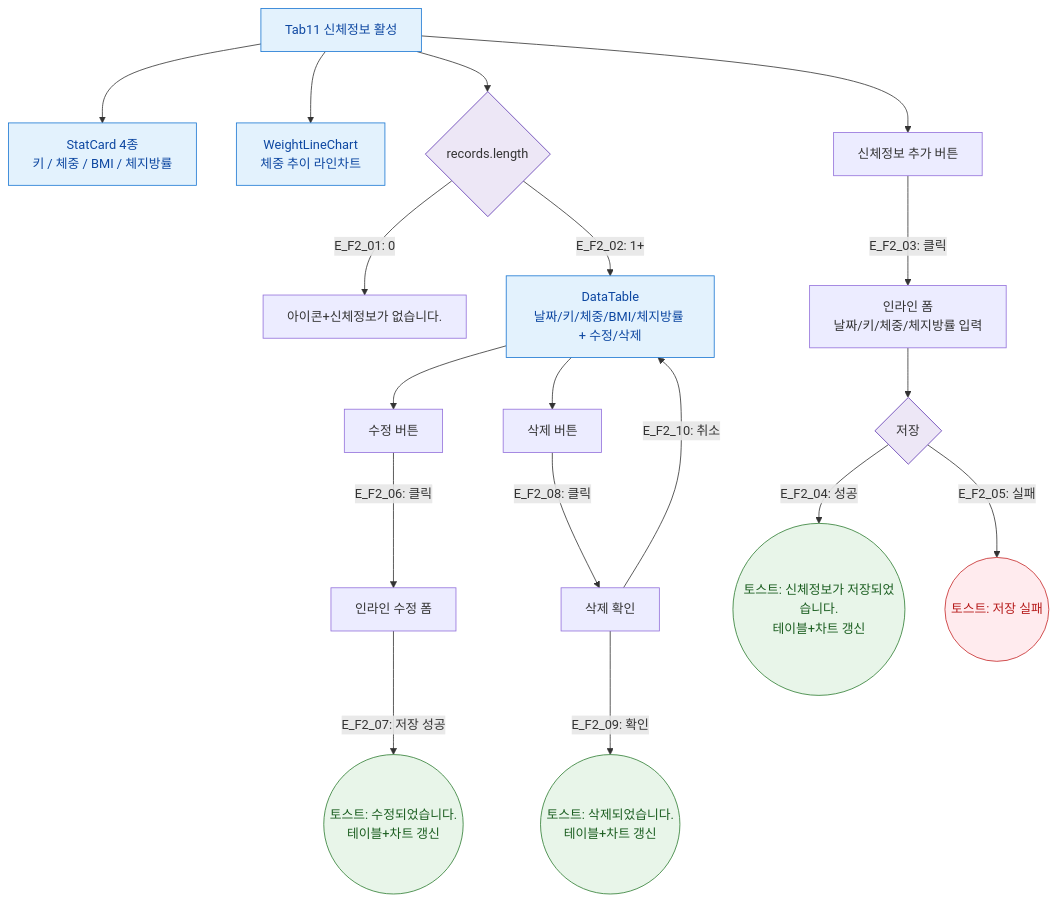
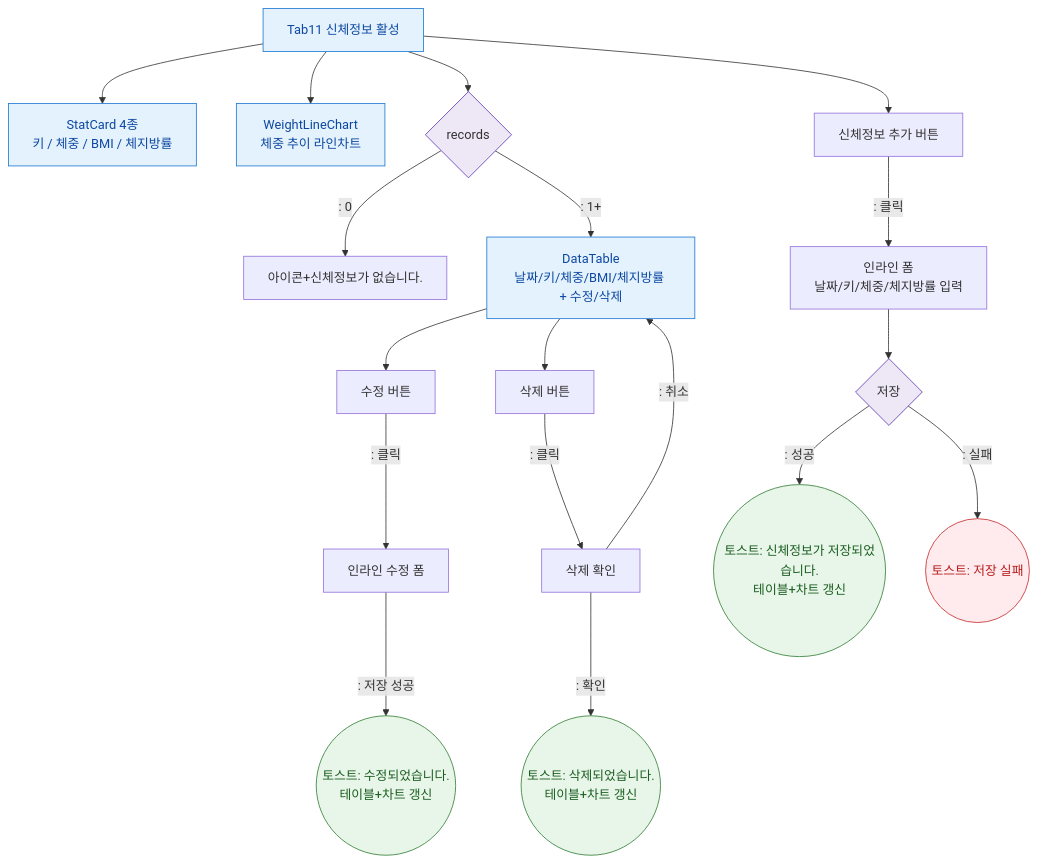
The diagram in docs/다이어그램/D02_회원관리/SCR-M004_회원상세/Tab11_신체정보/F2_메인.md (dev-spogym/admin-pando), drawn with Mermaid before and after one commit. The commit also changed other lines of this file and 1660 other files, not shown here.

First line of the commit message:
다이어그램: 기획자/클라이언트 납품본으로 정리

````diff
--- a/docs/다이어그램/D02_회원관리/SCR-M004_회원상세/Tab11_신체정보/F2_메인.md
+++ b/docs/다이어그램/D02_회원관리/SCR-M004_회원상세/Tab11_신체정보/F2_메인.md
@@ -23,34 +21,34 @@
 ```mermaid
 flowchart TD
   TAB[Tab11 신체정보 활성] --> STAT[StatCard 4종\n키 / 체중 / BMI / 체지방률]
   TAB --> CHART[WeightLineChart\n체중 추이 라인차트]
-  TAB --> LIST{records.length}
+  TAB --> LIST{records}
 
-  LIST -->|"E_F2_01: 0"| EMPTY[아이콘+신체정보가 없습니다.]
-  LIST -->|"E_F2_02: 1+"| TABLE[DataTable\n날짜/키/체중/BMI/체지방률 + 수정/삭제]
+  LIST -->|": 0"|EMPTY[아이콘+신체정보가 없습니다.]
+  LIST -->|": 1+"|TABLE[DataTable\n날짜/키/체중/BMI/체지방률 + 수정/삭제]
 
   TAB --> ADD_BTN[신체정보 추가 버튼]
-  ADD_BTN -->|"E_F2_03: 클릭"| FORM[인라인 폼\n날짜/키/체중/체지방률 입력]
+  ADD_BTN -->|": 클릭"|FORM[인라인 폼\n날짜/키/체중/체지방률 입력]
 
   FORM --> SAVE_BTN{저장}
-  SAVE_BTN -->|"E_F2_04: 성공"| INSERT_OK((토스트: 신체정보가 저장되었습니다.\n테이블+차트 갱신))
-  SAVE_BTN -->|"E_F2_05: 실패"| INSERT_ERR((토스트: 저장 실패))
+  SAVE_BTN -->|": 성공"|INSERT_OK((토스트: 신체정보가 저장되었습니다.\n테이블+차트 갱신))
+  SAVE_BTN -->|": 실패"|INSERT_ERR((토스트: 저장 실패))
 
   TABLE --> EDIT_BTN[수정 버튼]
-  EDIT_BTN -->|"E_F2_06: 클릭"| EDIT_FORM[인라인 수정 폼]
-  EDIT_FORM -->|"E_F2_07: 저장 성공"| UPDATE_OK((토스트: 수정되었습니다.\n테이블+차트 갱신))
+  EDIT_BTN -->|": 클릭"|EDIT_FORM[인라인 수정 폼]
+  EDIT_FORM -->|": 저장 성공"|UPDATE_OK((토스트: 수정되었습니다.\n테이블+차트 갱신))
 
   TABLE --> DEL_BTN[삭제 버튼]
-  DEL_BTN -->|"E_F2_08: 클릭"| DEL_CONFIRM[삭제 확인]
-  DEL_CONFIRM -->|"E_F2_09: 확인"| DEL_OK((토스트: 삭제되었습니다.\n테이블+차트 갱신))
-  DEL_CONFIRM -->|"E_F2_10: 취소"| TABLE
+  DEL_BTN -->|": 클릭"|DEL_CONFIRM[삭제 확인]
+  DEL_CONFIRM -->|": 확인"|DEL_OK((토스트: 삭제되었습니다.\n테이블+차트 갱신))
+  DEL_CONFIRM -->|": 취소"|TABLE
 
   classDef screen fill:#E3F2FD,stroke:#1976D2,color:#0D47A1
   classDef success fill:#E8F5E9,stroke:#2E7D32,color:#1B5E20
   classDef error fill:#FFEBEE,stroke:#C62828,color:#B71C1C
   classDef system fill:#EDE7F6,stroke:#5E35B2
   class TAB,STAT,CHART,TABLE screen
   class INSERT_OK,UPDATE_OK,DEL_OK success
   class INSERT_ERR error
   class LIST,SAVE_BTN system
 ```
````
